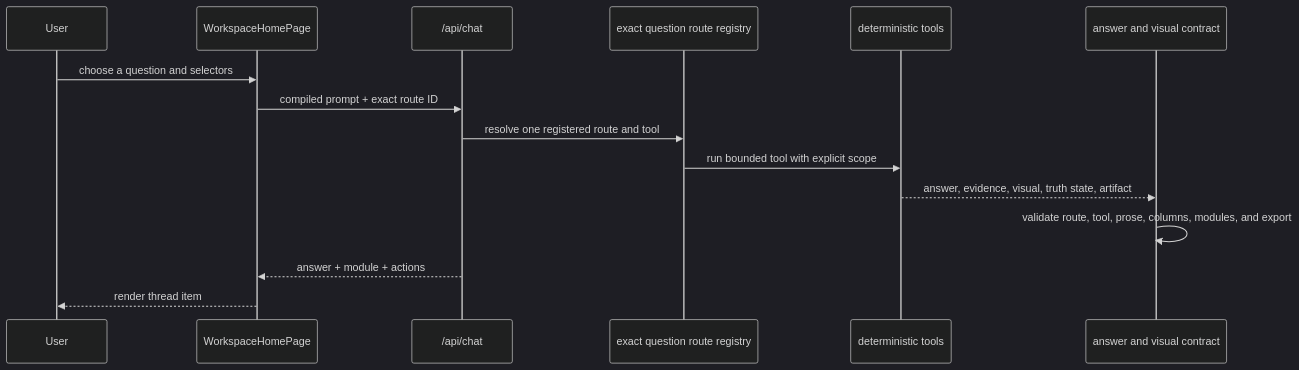
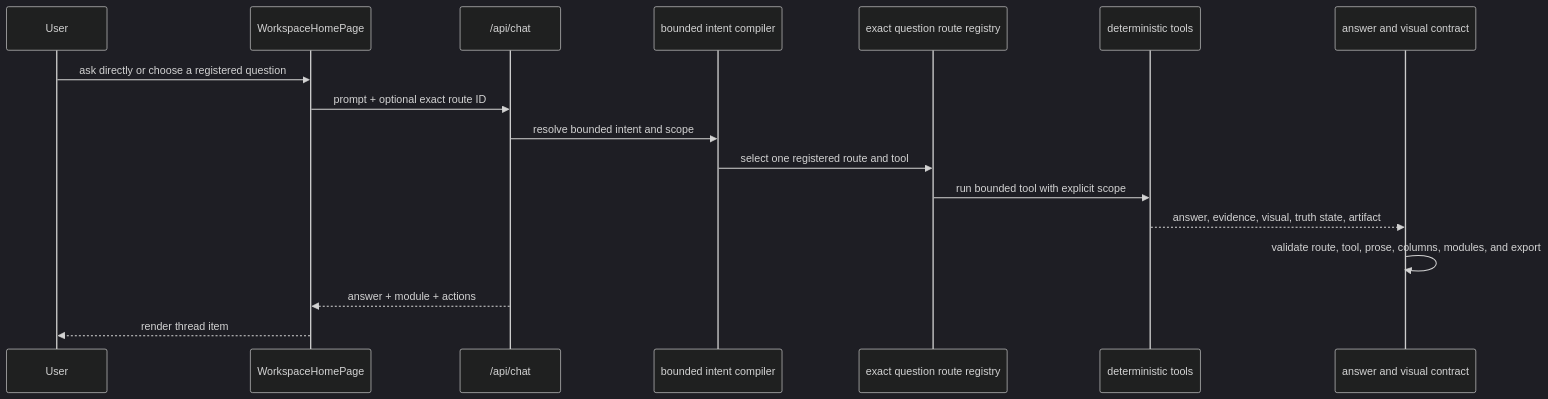
The diagram in docs/platform/analyst-system.md (3wilsoneric/alamo-platform-app), drawn with Mermaid (dark theme) before and after one commit. The commit also changed other lines of this file and 25 other files, not shown here.

````diff
--- a/docs/platform/analyst-system.md
+++ b/docs/platform/analyst-system.md
@@ -31,18 +31,20 @@
 ```mermaid
 sequenceDiagram
     participant User
     participant Home as WorkspaceHomePage
     participant API as /api/chat
+    participant Compiler as bounded intent compiler
     participant Registry as exact question route registry
     participant Tools as deterministic tools
     participant Contract as answer and visual contract
 
-    User->>Home: choose a question and selectors
-    Home->>API: compiled prompt + exact route ID
-    API->>Registry: resolve one registered route and tool
+    User->>Home: ask directly or choose a registered question
+    Home->>API: prompt + optional exact route ID
+    API->>Compiler: resolve bounded intent and scope
+    Compiler->>Registry: select one registered route and tool
     Registry->>Tools: run bounded tool with explicit scope
     Tools-->>Contract: answer, evidence, visual, truth state, artifact
     Contract->>Contract: validate route, tool, prose, columns, modules, and export
     API-->>Home: answer + module + actions
     Home-->>User: render thread item
 ```
````
